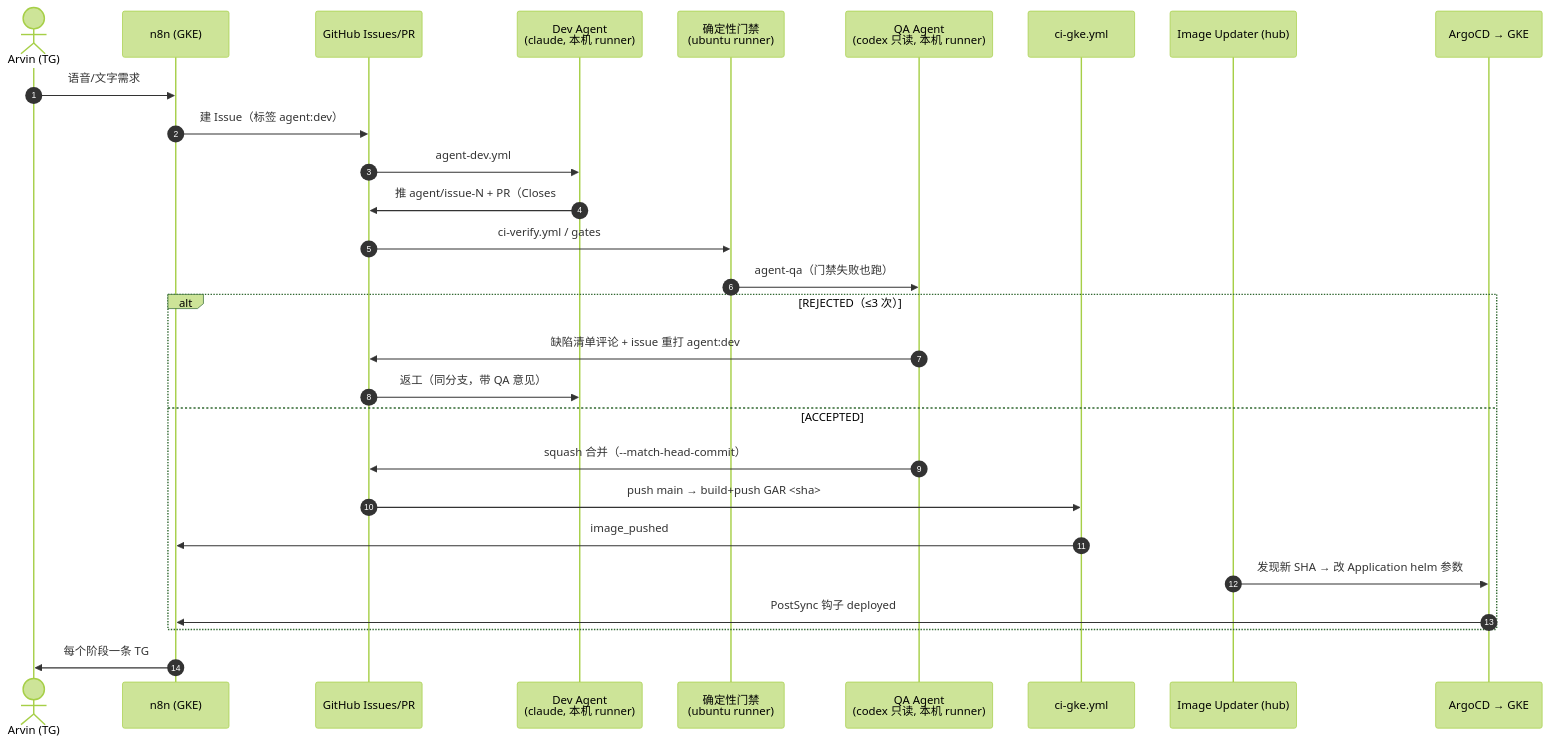
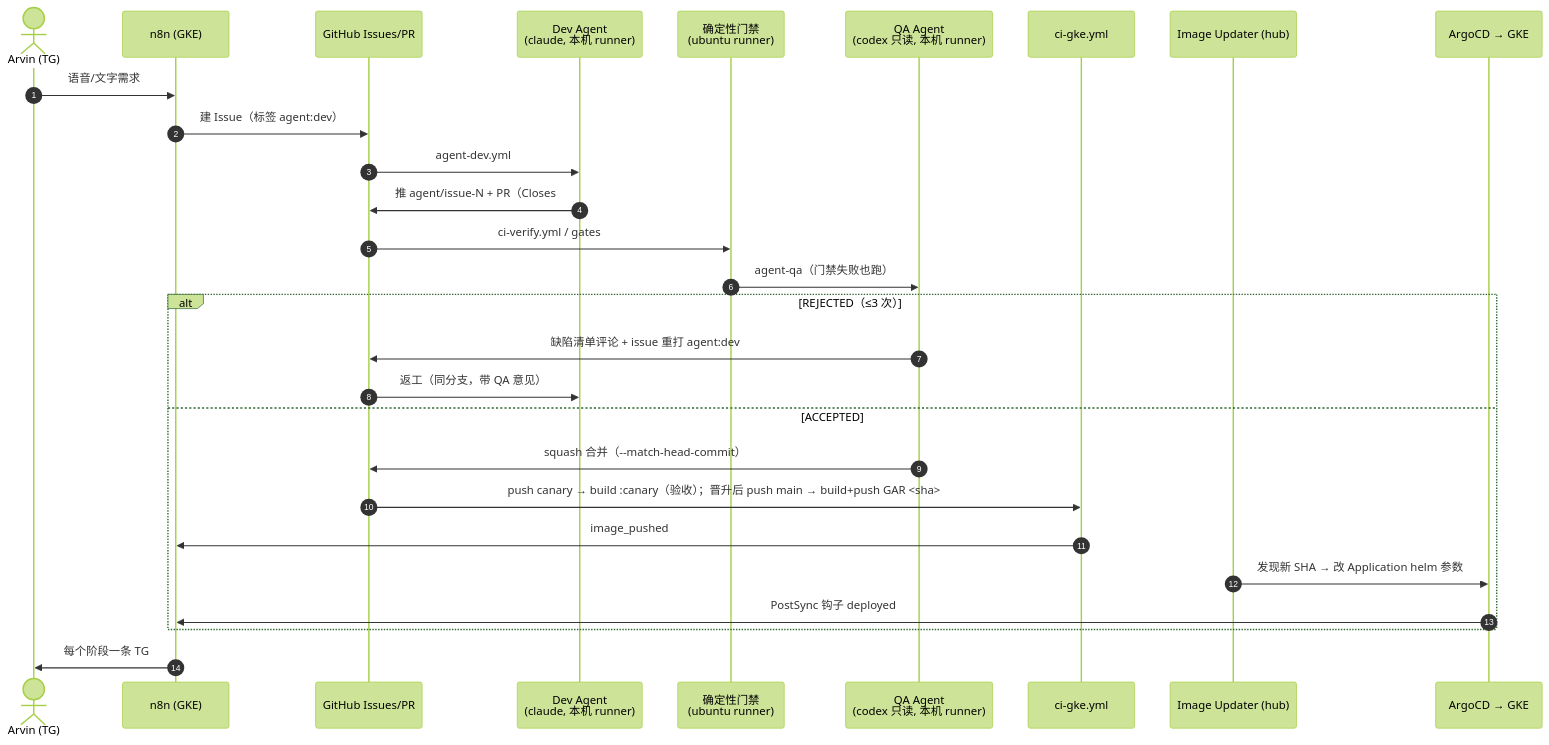
One commit to Arvingrep/firebird-sea changed the diagram in docs/internal/AGENT_PIPELINE.md. Above: the diagram before and after it, drawn with Mermaid (forest theme). The commit also changed other lines of this file and 12 other files, not shown here.

First line of the commit message:
feat(ci): feature → canary（验收）→ main（生产）发布流；Agent 基线分支可配置

````diff
--- a/docs/internal/AGENT_PIPELINE.md
+++ b/docs/internal/AGENT_PIPELINE.md
@@ -7,31 +9,31 @@
 ```mermaid
 sequenceDiagram
     autonumber
     actor Boss as Arvin (TG)
     participant N8N as n8n (GKE)
     participant GH as GitHub Issues/PR
     participant DEV as Dev Agent<br/>(claude, 本机 runner)
     participant GATE as 确定性门禁<br/>(ubuntu runner)
     participant QA as QA Agent<br/>(codex 只读, 本机 runner)
     participant CI as ci-gke.yml
     participant IU as Image Updater (hub)
     participant ARGO as ArgoCD → GKE
 
     Boss->>N8N: 语音/文字需求
     N8N->>GH: 建 Issue（标签 agent:dev）
     GH->>DEV: agent-dev.yml
     DEV->>GH: 推 agent/issue-N + PR（Closes #N, agent:qa）
     GH->>GATE: ci-verify.yml / gates
     GATE->>QA: agent-qa（门禁失败也跑）
     alt REJECTED（≤3 次）
         QA->>GH: 缺陷清单评论 + issue 重打 agent:dev
         GH->>DEV: 返工（同分支，带 QA 意见）
     else ACCEPTED
         QA->>GH: squash 合并（--match-head-commit）
-        GH->>CI: push main → build+push GAR <sha>
+        GH->>CI: push canary → build :canary（验收）；晋升后 push main → build+push GAR <sha>
         CI->>N8N: image_pushed
         IU->>ARGO: 发现新 SHA → 改 Application helm 参数
         ARGO->>N8N: PostSync 钩子 deployed
     end
     N8N->>Boss: 每个阶段一条 TG
 ```
````
